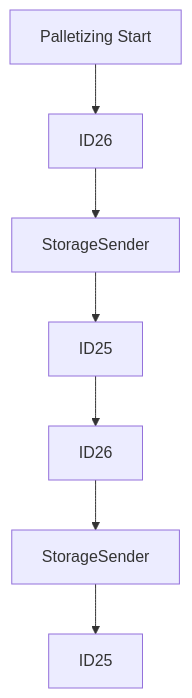
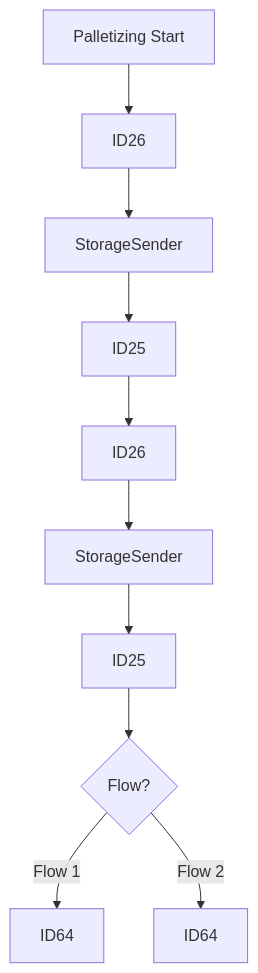
Before and after one commit to luthfiadityaa/SimeDarby-Wiki: the second of 2 diagrams in Basic-Design/DFD-WMS/Storage/Palletizing-Settting.md, drawn with Mermaid.

Commit message:
Updated Palletizing Settting

```diff
--- a/Basic-Design/DFD-WMS/Storage/Palletizing-Settting.md
+++ b/Basic-Design/DFD-WMS/Storage/Palletizing-Settting.md
@@ -17,5 +17,8 @@
 ::: mermaid
 flowchart TD  
 P1[Palletizing Start]-->P2[ID26]-->P3[StorageSender]-->P4[ID25]
 P4[ID25]-->P5[ID26]-->P6[StorageSender]-->P7[ID25]
+P7[ID25]-->Cond1{Flow?} 
+Cond1 --> |Flow 1| P8[ID64]
+Cond1 --> |Flow 2| P9[ID64]
 :::
```
